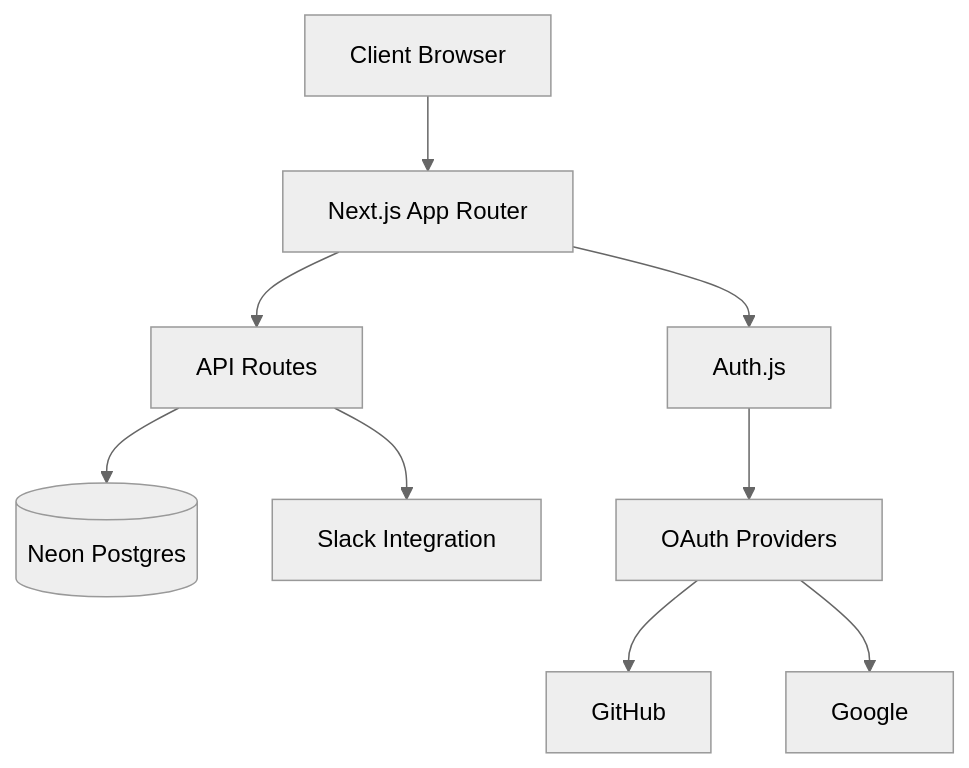
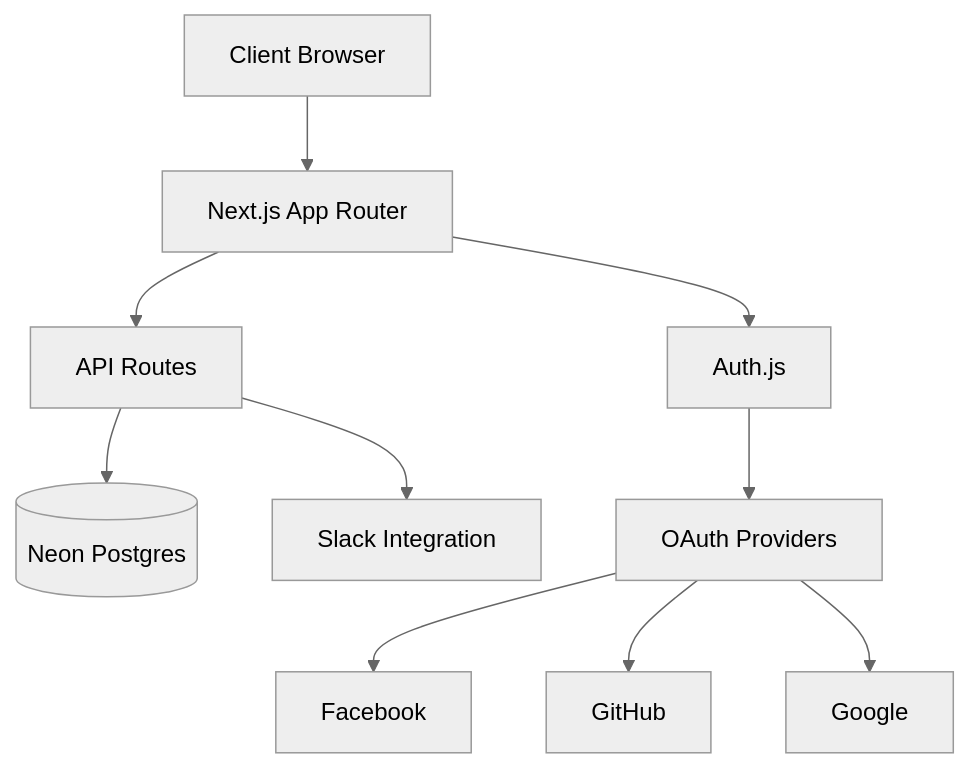
One commit to nalbam/nextjs-admin changed the first of 2 diagrams in ARCHITECTURE.md. Above: the diagram before and after it, drawn with Mermaid (neutral theme). The commit also changed other lines of this file and 6 other files, not shown here.

First line of the commit message:
Facebook OAuth 통합 및 아이콘 추가

````diff
--- a/ARCHITECTURE.md
+++ b/ARCHITECTURE.md
@@ -7,11 +7,12 @@
 ```mermaid
 graph TD
     Client[Client Browser] --> Next[Next.js App Router]
     Next --> Auth[Auth.js]
     Next --> API[API Routes]
     API --> DB[(Neon Postgres)]
     API --> Slack[Slack Integration]
     Auth --> OAuth[OAuth Providers]
+    OAuth --> Facebook[Facebook]
     OAuth --> GitHub[GitHub]
     OAuth --> Google[Google]
 ```
````
